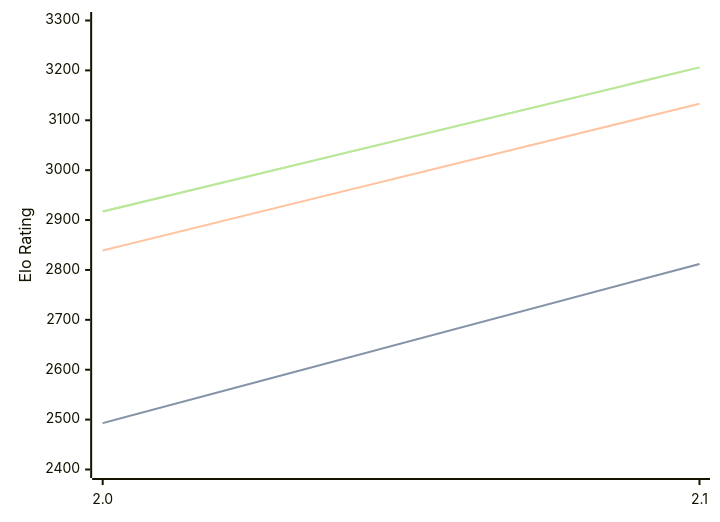
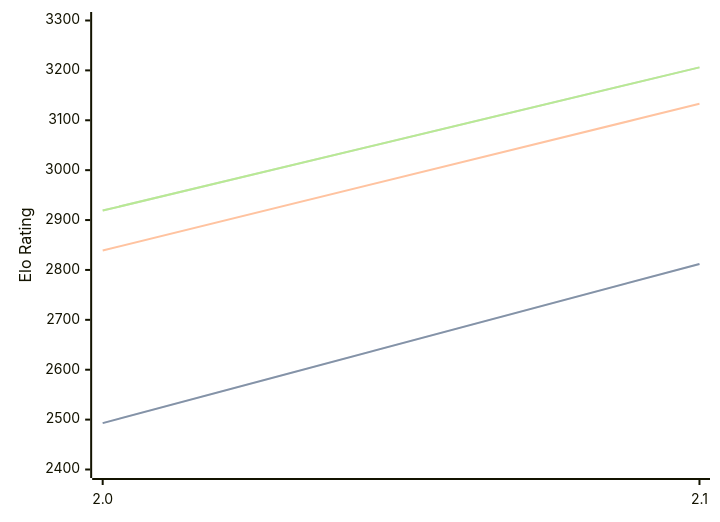
Before and after one commit to computer-chess-index/cci: the diagram in engines/Tunguska.md, drawn with Mermaid. The commit also changed other lines of this file, not shown here.

Commit message:
Update CCI Ratings (ELO VLTC) - 2026-07-29

````diff
--- a/engines/Tunguska.md
+++ b/engines/Tunguska.md
@@ -32,11 +32,11 @@
 ```mermaid
 %%{init: {"theme":"base","themeVariables":{"seriesColors:['#a3a3a3','#222221','#faa371']}}}%%
 xychart-beta
   x-axis ["2.0", "2.1"]
   y-axis "Elo Rating" 2400 --> 3300
   line "STC (8.0+0.08s)" [2493, 2812]
   line "STC (8.0+0.08s)" [2493, 2812]
   line "LTC (60.0+0.60s)" [2839, 3133]
-  line "VLTC (2m24s+1.12s)" [2917, 3206]
-  line "VLTC (2m24s+1.12s)" [2917, 3206]
+  line "VLTC (2m24s+1.12s)" [2919, 3206]
+  line "VLTC (2m24s+1.12s)" [2919, 3206]
 ```
````
